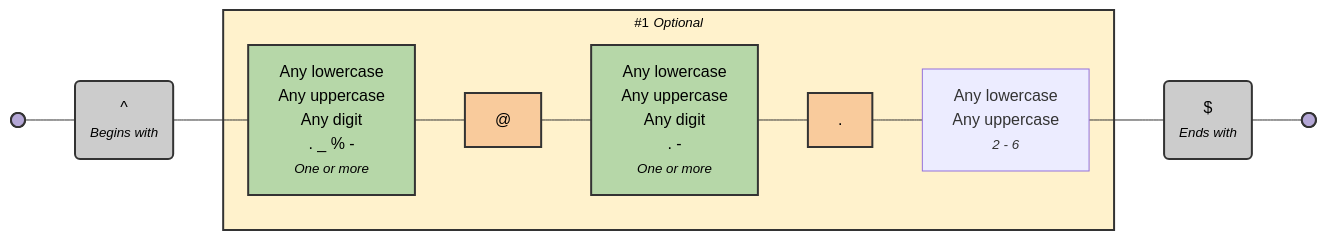
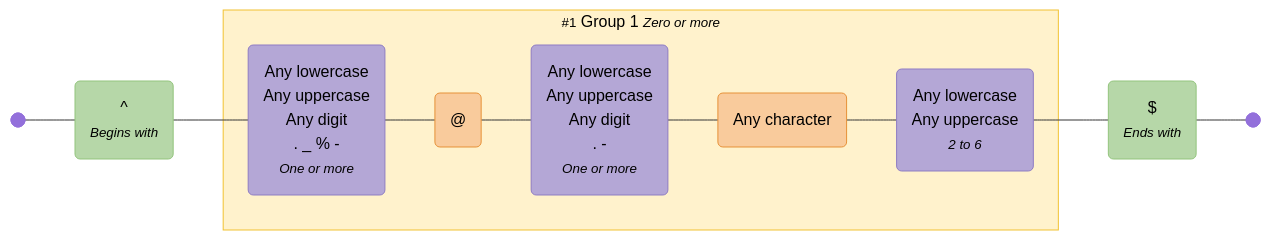
The diagram in diagrams/example-3.mermaid (tayles/regex-to-mermaid), drawn with Mermaid before and after one commit. The commit also changed 11 other files, not shown here.

Commit message:
feat: Write example mermaid files

```diff
--- a/diagrams/example-3.mermaid
+++ b/diagrams/example-3.mermaid
@@ -1,67 +1,46 @@
-%% /^([a-zA-Z0-9._%-]+@[a-zA-Z0-9.-]+\.[a-zA-Z]{2,6})*$/
-%% email
+%% Regex: /^([a-zA-Z0-9._%-]+@[a-zA-Z0-9.-]+\.[a-zA-Z]{2,6})*$/
 
 graph LR
-    %% Nodes
-    start@{ shape: f-circ, label: "Start" };
-    fin@{ shape: f-circ, label: "End" };
+  %% Nodes
+  start@{ shape: f-circ };
+  fin@{ shape: f-circ };
+  assertion_1("^<br><i><small>Begins with</small></i>"):::assertion;
+  char_class_1("Any lowercase<br>Any uppercase<br>Any digit<br>. _ % -<br><i><small>One or more</small></i>"):::char-class;
+  literal_1("@"):::literal;
+  char_class_2("Any lowercase<br>Any uppercase<br>Any digit<br>. -<br><i><small>One or more</small></i>"):::char-class;
+  literal_2("Any character"):::literal;
+  char_class_3("Any lowercase<br>Any uppercase<br><i><small>2 to 6</small></i>"):::char-class;
+  assertion_2("$<br><i><small>Ends with</small></i>"):::assertion;
 
-    start_of_line("^<br><i><small>Begins with</small></i>");
-    prefix["Any lowercase<br>Any uppercase<br>Any digit<br>. _ % -<br><i><small>One or more</small></i>"];
-    at["@"];
-    domain["Any lowercase<br>Any uppercase<br>Any digit<br>. -<br><i><small>One or more</small></i>"];
-    dot["."];
-    tld["Any lowercase<br>Any uppercase<br><i><small>2 - 6</small></i>"];
-    end_of_line("$<br><i><small>Ends with</small></i>");
+  %% Subgraphs
+  subgraph standard_1 ["<small>#1</small> Group 1 <small><i>Zero or more</i></small>"]
+    char_class_1
+    literal_1
+    char_class_2
+    literal_2
+    char_class_3
+  end
 
-    %% Subgraphs
-    subgraph group_1 ["<small>#1</small> <i><small>Optional</small></i>"];
-        prefix
-        at
-        domain
-        dot
-        tld
-    end
+  %% Edges
+  start --- assertion_1;
+  assertion_1 --- char_class_1;
+  char_class_1 --- literal_1;
+  literal_1 --- char_class_2;
+  char_class_2 --- literal_2;
+  literal_2 --- char_class_3;
+  char_class_3 --- assertion_2;
+  assertion_2 --- fin;
 
-    %% Edges
-    start --- start_of_line;
-    start_of_line --- prefix;
-    prefix --- at;
-    at --- domain;
-    domain --- dot;
-    dot --- tld;
-    tld --- end_of_line;
-    end_of_line --- fin;
+  %% Styles
+  %% Node Styling
+  classDef assertion fill:#B6D7A8,stroke:#93C47D,color:#000000;
+  classDef char-class fill:#B4A7D6,stroke:#8E7CC3,color:#000000;
+  classDef literal fill:#F9CB9C,stroke:#E69138,color:#000000;
 
-    %% Styling Definitions
-    %% Node Styling
-    classDef circle fill:#B4A7D6,stroke:#333,stroke-width:2px,color:black;
-    classDef zeroOrMore fill:#FFE599,stroke:#333,stroke-width:2px,color:black;
-    classDef oneOrMore fill:#B6D7A8,stroke:#333,stroke-width:2px,color:black;
-    classDef zeroOrOne fill:#A2C4C9,stroke:#333,stroke-width:2px,color:black;
-    classDef range fill:#76A5AF,stroke:#333,stroke-width:2px,color:black;
-    classDef oneOf fill:#F6B26B,stroke:#333,stroke-width:2px,color:black;
-    classDef noneOf fill:#E06666,stroke:#333,stroke-width:2px,color:black;
-    classDef literal fill:#F9CB9C,stroke:#333,stroke-width:2px,color:black;
-    classDef terminator fill:#CCCCCC,stroke:#333,stroke-width:2px,color:black;
+  %% Group Styling
+  classDef standard fill:#FFF2CC,stroke:#F1C232,color:#000000;
 
-    %% Group Styling
-    classDef captureGroup fill:#FFF2CC,stroke:#333,stroke-width:2px,color:black;
-    classDef namedCaptureGroup fill:#D9EAD3,stroke:#333,stroke-width:2px,color:black;
-    classDef nonCapturingGroup fill:#CFE2F3,stroke:#333,stroke-width:2px,color:black;
-    classDef positiveLookahead fill:#D5A6BD,stroke:#333,stroke-width:2px,color:black;
-    classDef negativeLookahead fill:#A4C2F4,stroke:#333,stroke-width:2px,color:black;
-    classDef positiveLookbehind fill:#B7B7B7,stroke:#333,stroke-width:2px,color:black;
-    classDef negativeLookbehind fill:#EAD1DC,stroke:#333,stroke-width:2px,color:black;
-    classDef optionalGroup fill:#D9D2E9,stroke:#333,stroke-width:2px,color:black;
+  %% Apply Group Classes
+  class standard_1 standard;
 
-    %% Apply Styling Classes
-    %% Node Classes
-    class start,fin circle;
-    class start_of_line,end_of_line terminator;
-    class at,dot literal;
-    class prefix,domain oneOrMore;
-    class tld twoOrMore;
-
-    %% Group Classes
-    class group_1 captureGroup;
+%% Generated with regex-to-mermaid@1.0.0
```
